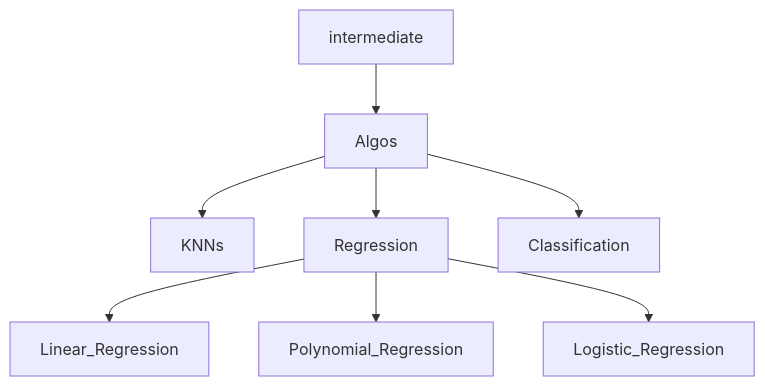
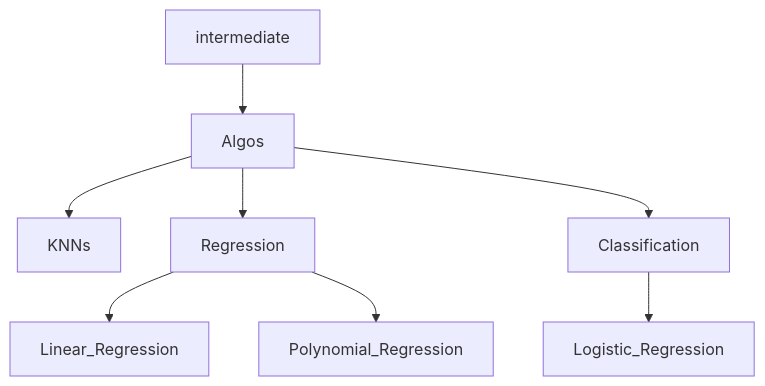
Before and after one commit to muhdaliyan/Basics-of-Data-Science: the second of 2 diagrams in README.md, drawn with Mermaid.

````diff
--- a/README.md
+++ b/README.md
@@ -22,10 +22,10 @@
 ```mermaid
 graph TD;
     intermediate-->Algos;
     Algos-->KNNs;
     Algos-->Regression;
     Algos-->Classification;
     Regression-->Linear_Regression;
     Regression-->Polynomial_Regression;
-    Regression-->Logistic_Regression;
+    Classification-->Logistic_Regression;
 ```
````
